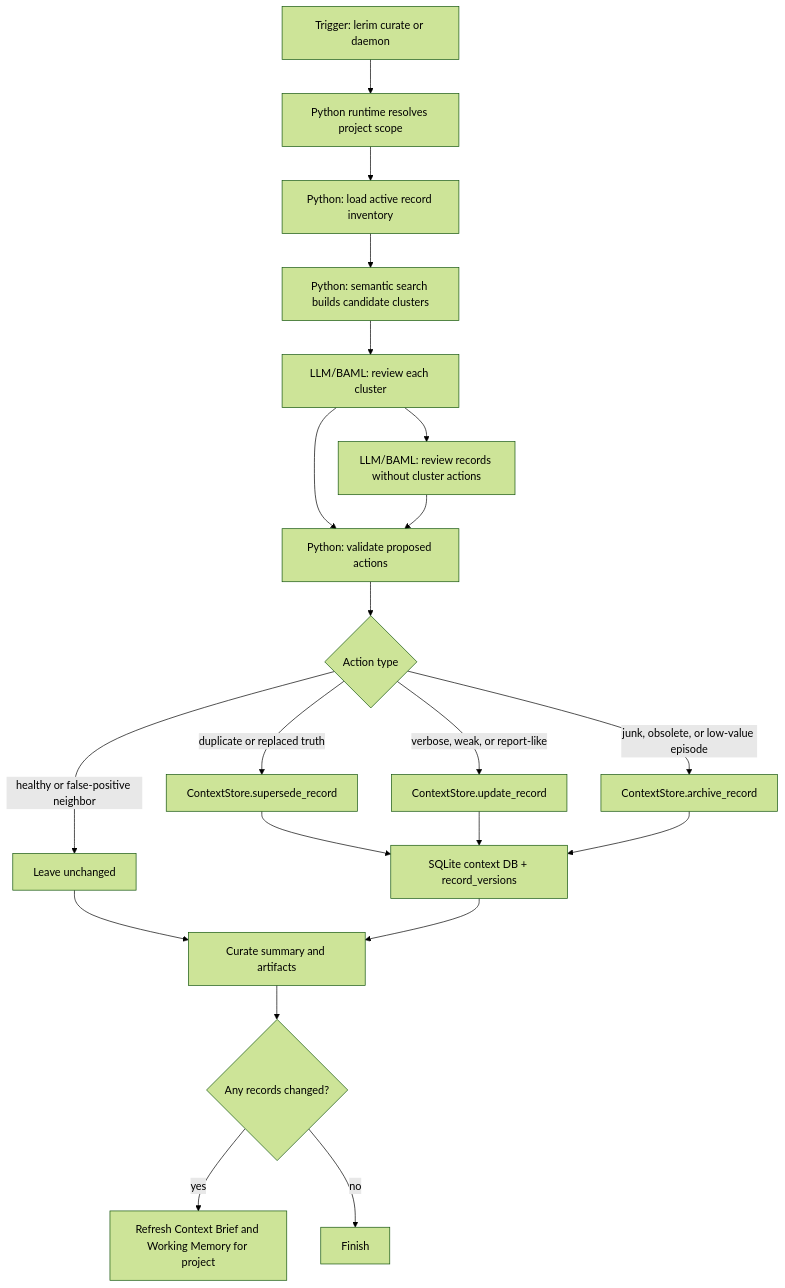
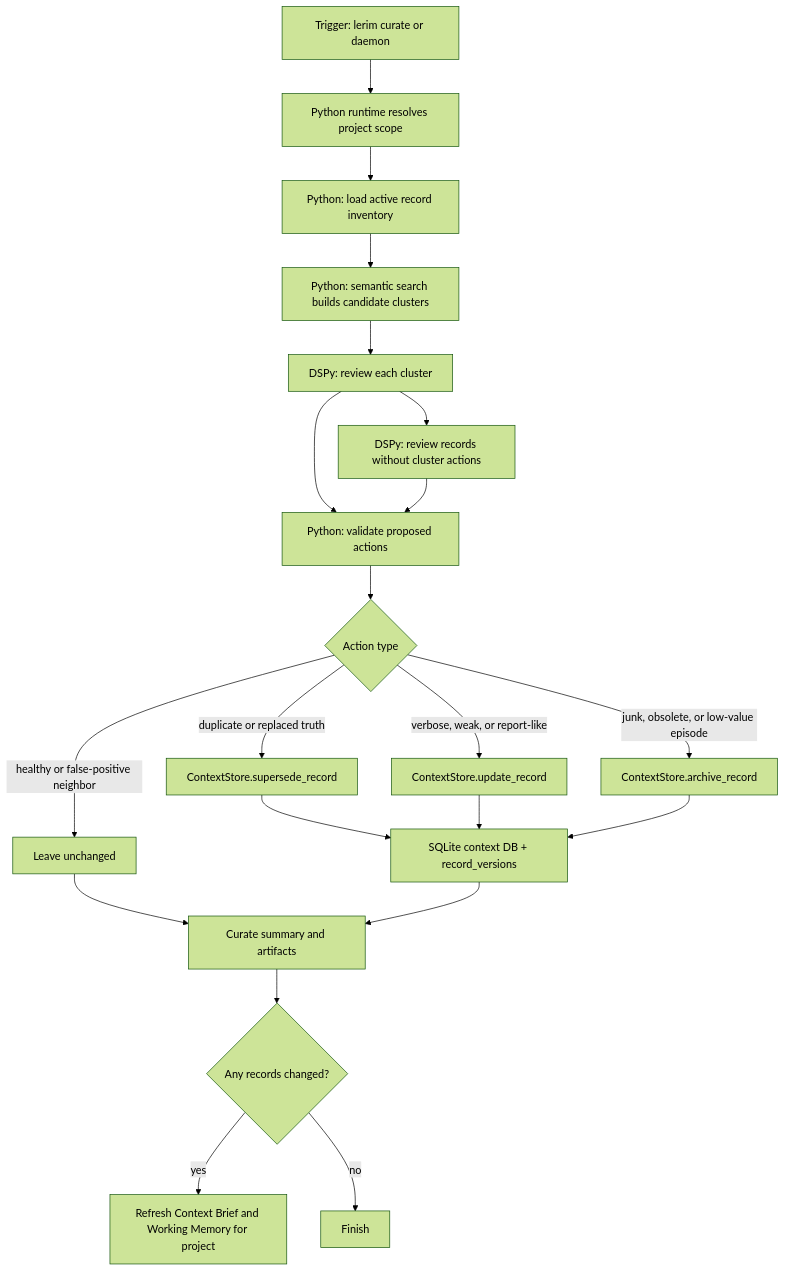
One commit to nablo-io/lerim changed the diagram in docs/cli/curate.md. Above: the diagram before and after it, drawn with Mermaid (forest theme). The commit also changed 140 other files, not shown here.

````diff
--- a/docs/cli/curate.md
+++ b/docs/cli/curate.md
@@ -25,27 +25,27 @@
 ```mermaid
 flowchart TD
     A["Trigger: lerim curate or daemon"] --> B["Python runtime resolves project scope"]
 
     B --> C["Python: load active record inventory"]
     C --> D["Python: semantic search builds candidate clusters"]
-    D --> E["LLM/BAML: review each cluster"]
-    E --> F["LLM/BAML: review records without cluster actions"]
+    D --> E["DSPy: review each cluster"]
+    E --> F["DSPy: review records without cluster actions"]
 
     E --> G["Python: validate proposed actions"]
     F --> G
     G --> H{"Action type"}
     H -- "duplicate or replaced truth" --> I["ContextStore.supersede_record"]
     H -- "verbose, weak, or report-like" --> J["ContextStore.update_record"]
     H -- "junk, obsolete, or low-value episode" --> K["ContextStore.archive_record"]
     H -- "healthy or false-positive neighbor" --> L["Leave unchanged"]
 
     I --> M["SQLite context DB + record_versions"]
     J --> M
     K --> M
     L --> N["Curate summary and artifacts"]
     M --> N
 
     N --> O{"Any records changed?"}
     O -- "yes" --> P["Refresh Context Brief and Working Memory for project"]
     O -- "no" --> Q["Finish"]
 ```
````
